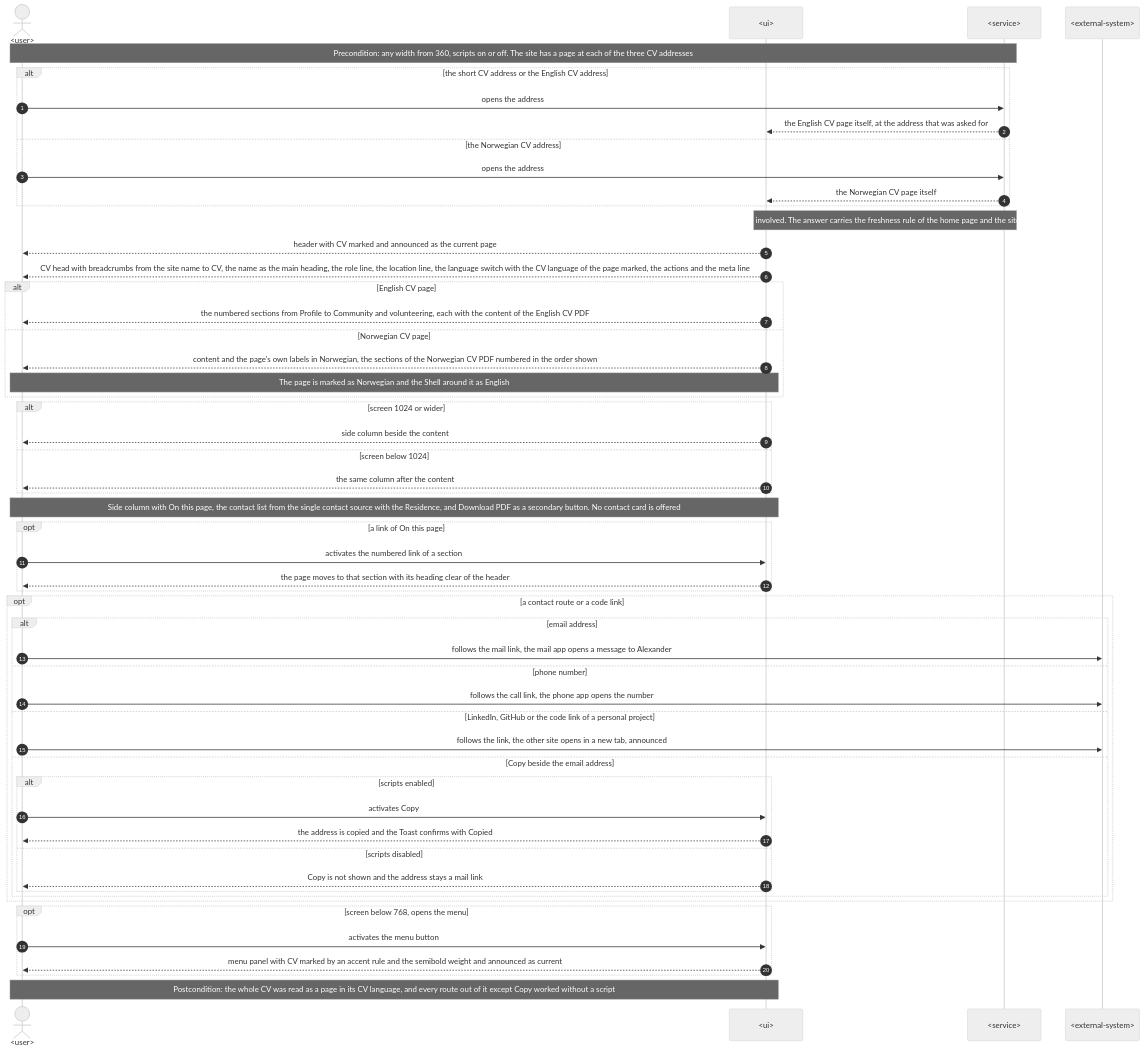
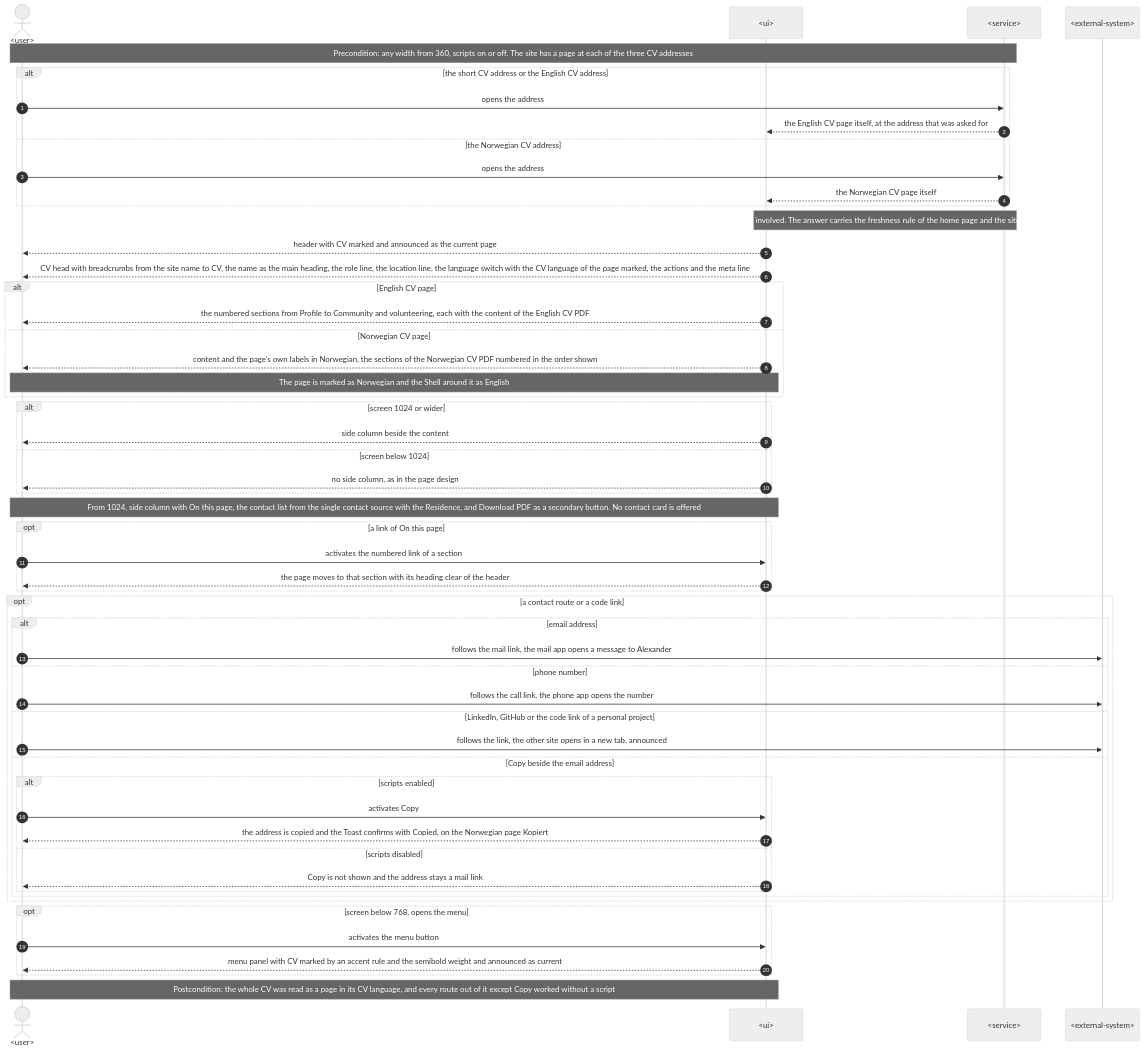
One commit to Ponomaleks/alpon.dev changed the fourth of 11 diagrams in docs/features/cv/sad.md. Above: the diagram before and after it, drawn with Mermaid (neutral theme). The commit also changed other lines of this file and 4 other files, not shown here.

````diff
--- a/docs/features/cv/sad.md
+++ b/docs/features/cv/sad.md
@@ -278,57 +278,57 @@
 ```mermaid
 sequenceDiagram
     autonumber
     actor U as <user>
     participant UI as <ui>
     participant S as <service>
     participant X as <external-system>
 
     Note over U,S: Precondition: any width from 360, scripts on or off. The site has a page at each of the three CV addresses
     alt the short CV address or the English CV address
         U->>S: opens the address
         S-->>UI: the English CV page itself, at the address that was asked for
     else the Norwegian CV address
         U->>S: opens the address
         S-->>UI: the Norwegian CV page itself
     end
     Note over UI,S: No other address is involved. The answer carries the freshness rule of the home page and the site's security headers
     UI-->>U: header with CV marked and announced as the current page
     UI-->>U: CV head with breadcrumbs from the site name to CV, the name as the main heading, the role line, the location line, the language switch with the CV language of the page marked, the actions and the meta line
     alt English CV page
         UI-->>U: the numbered sections from Profile to Community and volunteering, each with the content of the English CV PDF
     else Norwegian CV page
         UI-->>U: content and the page's own labels in Norwegian, the sections of the Norwegian CV PDF numbered in the order shown
         Note over U,UI: The page is marked as Norwegian and the Shell around it as English
     end
     alt screen 1024 or wider
         UI-->>U: side column beside the content
     else screen below 1024
-        UI-->>U: the same column after the content
+        UI-->>U: no side column, as in the page design
     end
-    Note over U,UI: Side column with On this page, the contact list from the single contact source with the Residence, and Download PDF as a secondary button. No contact card is offered
+    Note over U,UI: From 1024, side column with On this page, the contact list from the single contact source with the Residence, and Download PDF as a secondary button. No contact card is offered
     opt a link of On this page
         U->>UI: activates the numbered link of a section
         UI-->>U: the page moves to that section with its heading clear of the header
     end
     opt a contact route or a code link
         alt email address
             U->>X: follows the mail link, the mail app opens a message to Alexander
         else phone number
             U->>X: follows the call link, the phone app opens the number
         else LinkedIn, GitHub or the code link of a personal project
             U->>X: follows the link, the other site opens in a new tab, announced
         else Copy beside the email address
             alt scripts enabled
                 U->>UI: activates Copy
-                UI-->>U: the address is copied and the Toast confirms with Copied
+                UI-->>U: the address is copied and the Toast confirms with Copied, on the Norwegian page Kopiert
             else scripts disabled
                 UI-->>U: Copy is not shown and the address stays a mail link
             end
         end
     end
     opt screen below 768, opens the menu
         U->>UI: activates the menu button
         UI-->>U: menu panel with CV marked by an accent rule and the semibold weight and announced as current
     end
     Note over U,UI: Postcondition: the whole CV was read as a page in its CV language, and every route out of it except Copy worked without a script
 ```
````
